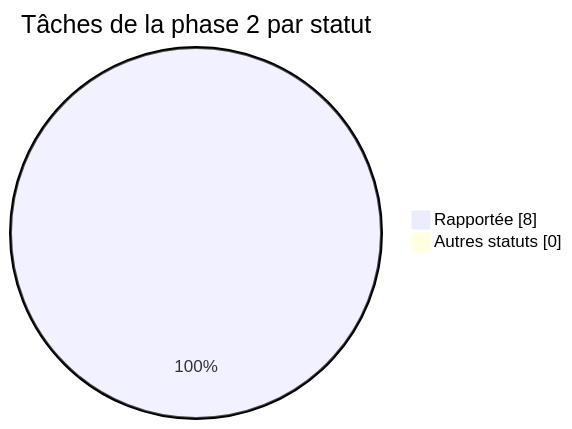
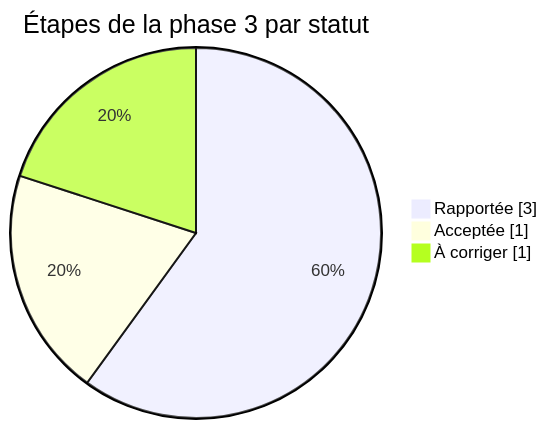
One commit to lyon32/lyonpanel changed the third of 5 diagrams in docs/reports/TABLEAU-DE-BORD.md. Above: the diagram before and after it, drawn with Mermaid. The commit also changed other lines of this file and 223 other files, not shown here.

````diff
--- a/docs/reports/TABLEAU-DE-BORD.md
+++ b/docs/reports/TABLEAU-DE-BORD.md
@@ -81,6 +80,7 @@
 ```mermaid
 pie showData
-  title Tâches de la phase 2 par statut
-  "Rapportée" : 8
-  "Autres statuts" : 0
+  title Étapes de la phase 3 par statut
+  "Rapportée" : 3
+  "Acceptée" : 1
+  "À corriger" : 1
 ```
````
